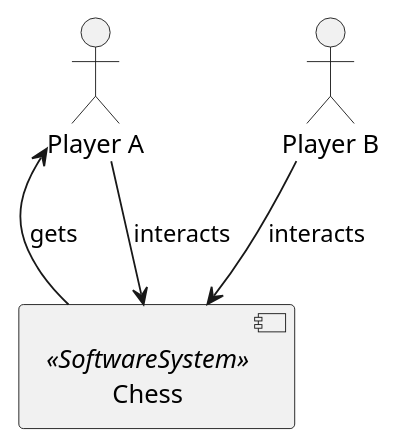
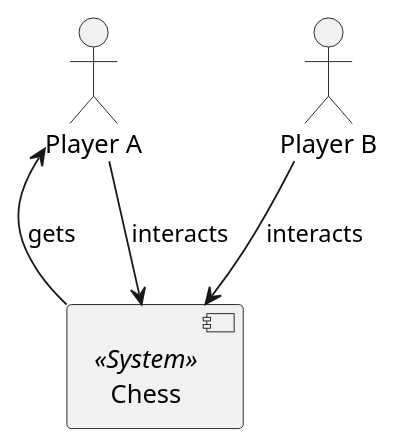
Before and after one commit to marcozwyssig/cleon: the diagram in src/cleon.architecturemethods.arc42.sample/img/cleon_architecturemethods_arc42_sample_arc42/puml/Fachliches_Kontext_Diagramm.puml, drawn with PlantUML. The commit also changed 99 other files, not shown here.

```diff
--- a/src/cleon.architecturemethods.arc42.sample/img/cleon_architecturemethods_arc42_sample_arc42/puml/Fachliches_Kontext_Diagramm.puml
+++ b/src/cleon.architecturemethods.arc42.sample/img/cleon_architecturemethods_arc42_sample_arc42/puml/Fachliches_Kontext_Diagramm.puml
@@ -1,13 +1,13 @@
 @startuml
 skinparam componentStyle uml2
 
 actor Player__F_A as "Player A"
 actor Player__F_B as "Player B"
-component Chess as "Chess" <<SoftwareSystem>>
+component Chess as "Chess" <<System>>
 Chess -up-> Player__F_A : gets
 Player__F_A -down-> Chess : interacts
 Player__F_B -down-> Chess : interacts
 ' Begin Protected Region [[layouting]]
 
 ' End Protected Region   [[layouting]]
 @enduml
```
